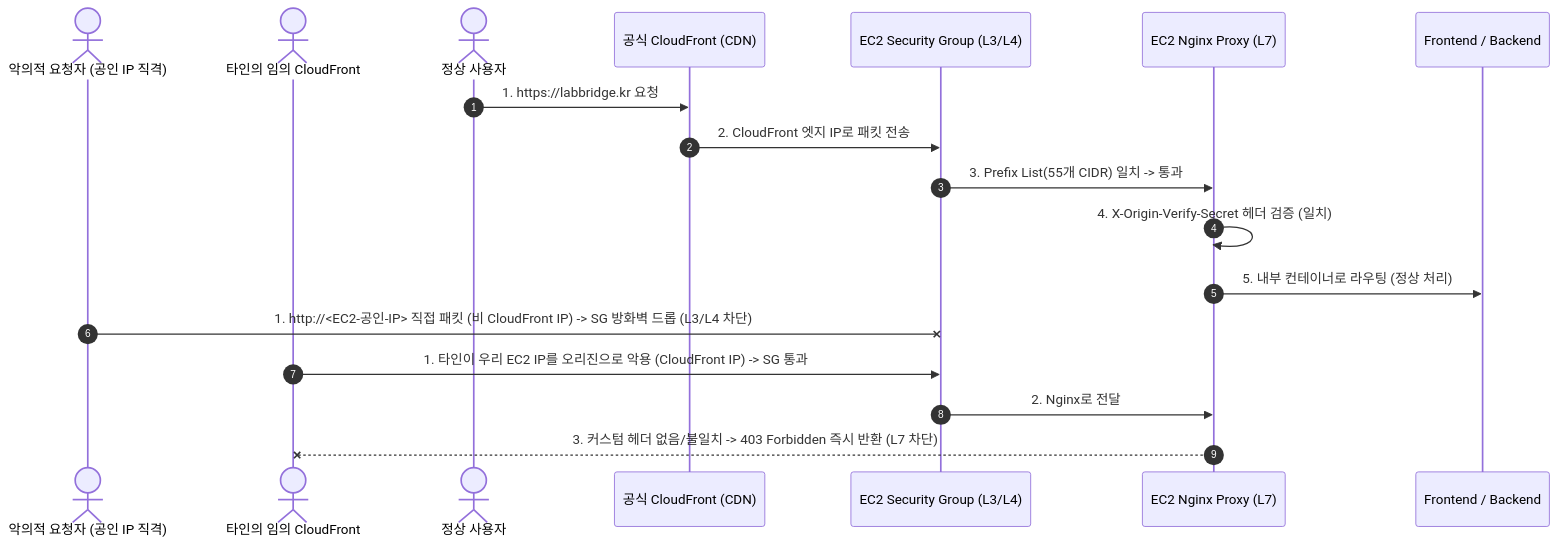
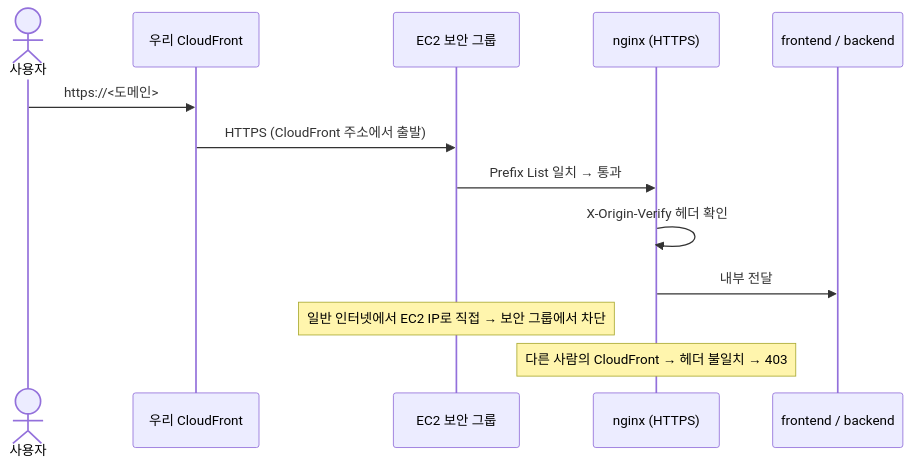
Before and after one commit to Lab-with-Al-platform/what_the-lab: the diagram in docs/aws-deployment/03-network-security.md, drawn with Mermaid. The commit also changed other lines of this file and 17 other files, not shown here.

````diff
--- a/docs/aws-deployment/03-network-security.md
+++ b/docs/aws-deployment/03-network-security.md
@@ -52,23 +68,15 @@
 ```mermaid
 sequenceDiagram
-    autonumber
-    actor Attacker as 악의적 요청자 (공인 IP 직격)
-    actor RogueCF as 타인의 임의 CloudFront
-    actor User as 정상 사용자
-    participant CF as 공식 CloudFront (CDN)
-    participant SG as EC2 Security Group (L3/L4)
-    participant Nginx as EC2 Nginx Proxy (L7)
-    participant App as Frontend / Backend
-
-    User->>CF: 1. https://labbridge.kr 요청
-    CF->>SG: 2. CloudFront 엣지 IP로 패킷 전송
-    SG->>Nginx: 3. Prefix List(55개 CIDR) 일치 -> 통과
-    Nginx->>Nginx: 4. X-Origin-Verify-Secret 헤더 검증 (일치)
-    Nginx->>App: 5. 내부 컨테이너로 라우팅 (정상 처리)
-
-    Attacker-xSG: 1. http://<EC2-공인-IP> 직접 패킷 (비 CloudFront IP) -> SG 방화벽 드롭 (L3/L4 차단)
-    
-    RogueCF->>SG: 1. 타인이 우리 EC2 IP를 오리진으로 악용 (CloudFront IP) -> SG 통과
-    SG->>Nginx: 2. Nginx로 전달
-    Nginx--xRogueCF: 3. 커스텀 헤더 없음/불일치 -> 403 Forbidden 즉시 반환 (L7 차단)
+    actor User as 사용자
+    participant CF as 우리 CloudFront
+    participant SG as EC2 보안 그룹
+    participant Nginx as nginx (HTTPS)
+    participant App as frontend / backend
+    User->>CF: https://<도메인>
+    CF->>SG: HTTPS (CloudFront 주소에서 출발)
+    SG->>Nginx: Prefix List 일치 → 통과
+    Nginx->>Nginx: X-Origin-Verify 헤더 확인
+    Nginx->>App: 내부 전달
+    Note over SG: 일반 인터넷에서 EC2 IP로 직접 → 보안 그룹에서 차단
+    Note over Nginx: 다른 사람의 CloudFront → 헤더 불일치 → 403
 ```
````
